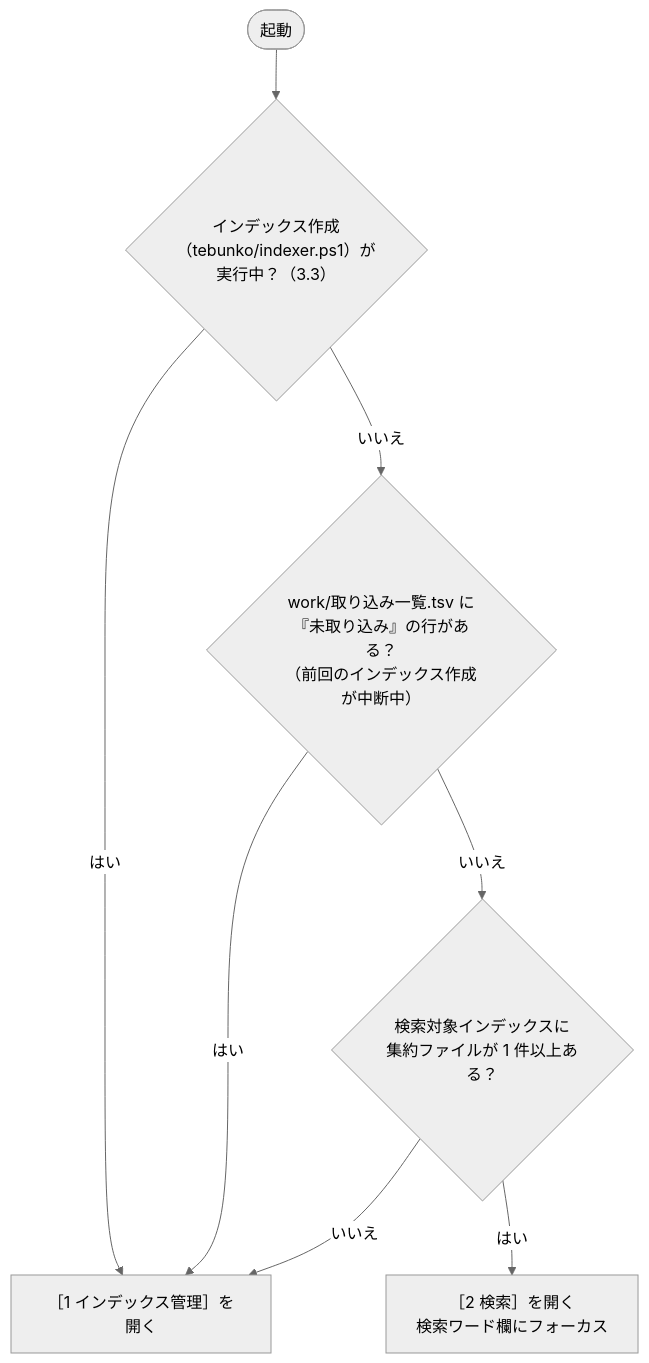
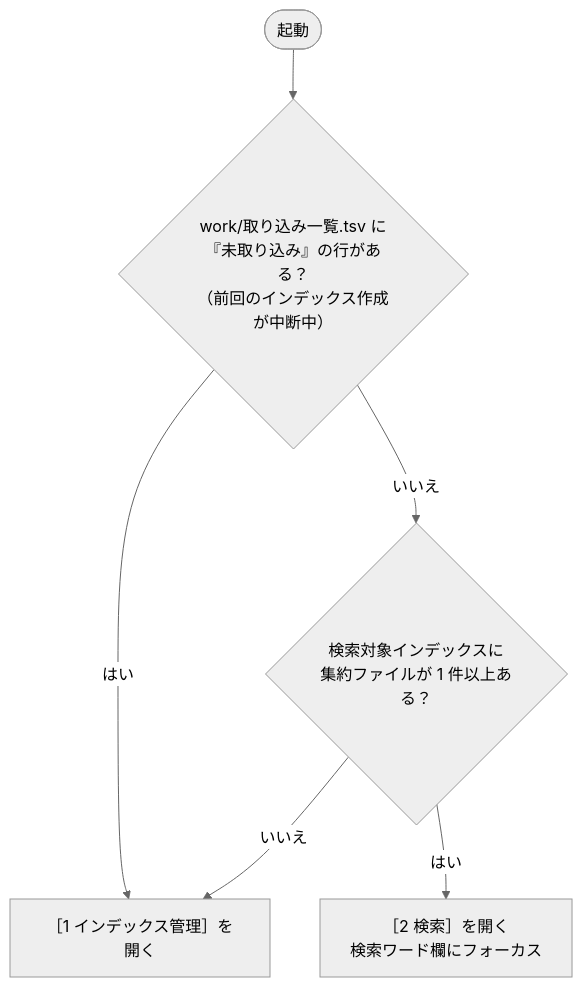
The diagram in docs/03_画面.md (hsgwa/tebunko), drawn with Mermaid (neutral theme) before and after one commit. The commit also changed other lines of this file and 69 other files, not shown here.

````diff
--- a/docs/03_画面.md
+++ b/docs/03_画面.md
@@ -96,10 +96,8 @@
 ```mermaid
 flowchart TD
-    S(["起動"]) --> R{"インデックス作成（tebunko/indexer.ps1）が<br>実行中？（3.3）"}
-    R -- はい --> T1
-    R -- いいえ --> A{"work/取り込み一覧.tsv に『未取り込み』の行がある？<br>（前回のインデックス作成が中断中）"}
+    S(["起動"]) --> A{"work/取り込み一覧.tsv に『未取り込み』の行がある？<br>（前回のインデックス作成が中断中）"}
     A -- はい --> T1["［1 インデックス管理］を開く"]
     A -- いいえ --> B{"検索対象インデックスに<br>集約ファイルが 1 件以上ある？"}
     B -- いいえ --> T1
     B -- はい --> T2["［2 検索］を開く<br>検索ワード欄にフォーカス"]
 ```
````
